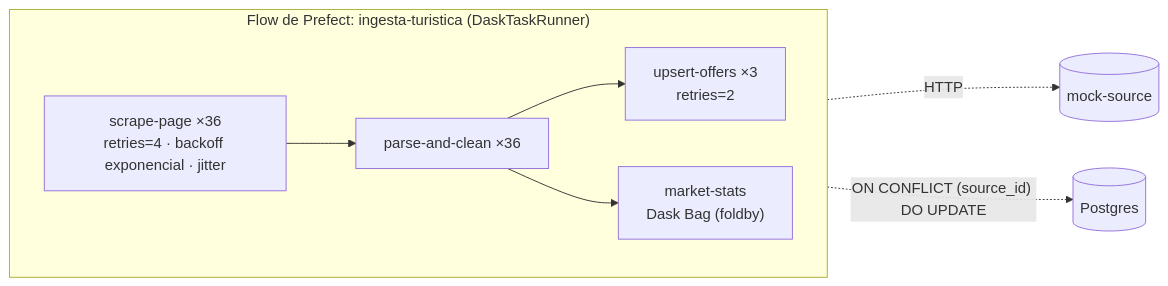
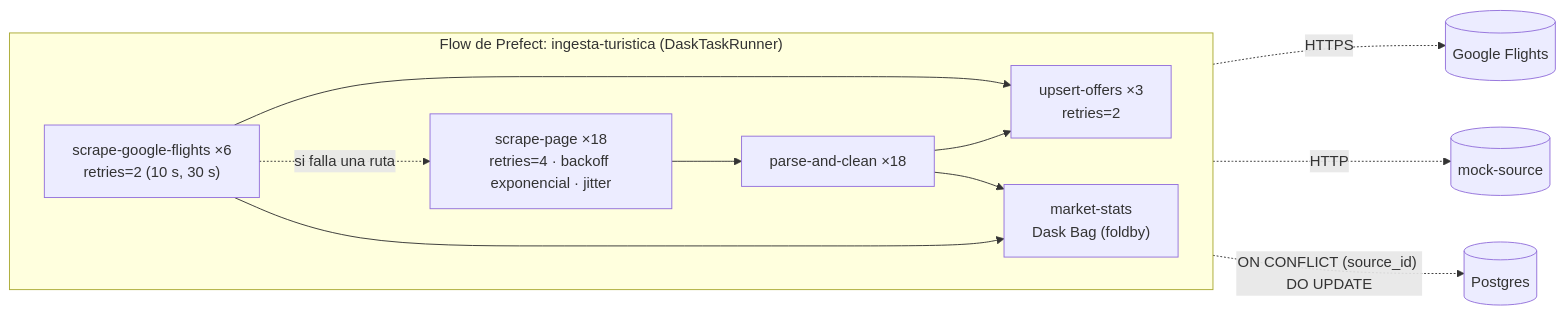
The fifth of 6 diagrams in docs/ARQUITECTURA.md (Josu-s12/WanderSync), drawn with Mermaid before and after one commit. The commit also changed other lines of this file and 8 other files, not shown here.

First line of the commit message:
Scraping real de Google Flights para los vuelos

````diff
--- a/docs/ARQUITECTURA.md
+++ b/docs/ARQUITECTURA.md
@@ -397,14 +427,19 @@
 ```mermaid
 flowchart LR
   subgraph Prefect["Flow de Prefect: ingesta-turistica (DaskTaskRunner)"]
     direction LR
-    S["scrape-page ×36<br/>retries=4 · backoff exponencial · jitter"]
-    C["parse-and-clean ×36"]
+    G["scrape-google-flights ×6<br/>retries=2 (10 s, 30 s)"]
+    S["scrape-page ×18<br/>retries=4 · backoff exponencial · jitter"]
+    C["parse-and-clean ×18"]
     U["upsert-offers ×3<br/>retries=2"]
     M["market-stats<br/>Dask Bag (foldby)"]
+    G --> U
+    G -. "si falla una ruta" .-> S
     S --> C --> U
     C --> M
+    G --> M
   end
+  G -. HTTPS .-> GF[(Google Flights)]
   S -. HTTP .-> MS[(mock-source)]
   U -. "ON CONFLICT (source_id) DO UPDATE" .-> DB[(Postgres)]
 ```
````
